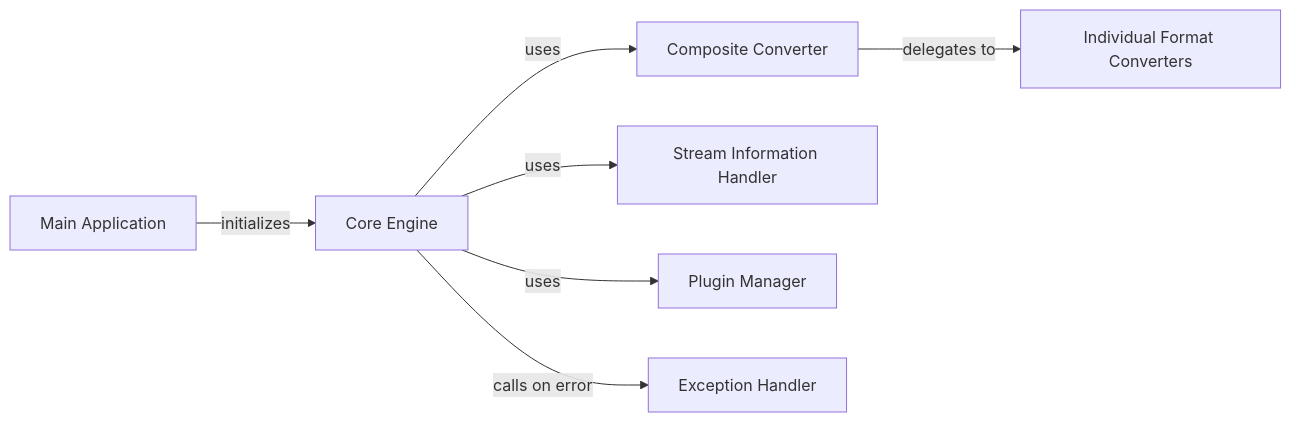
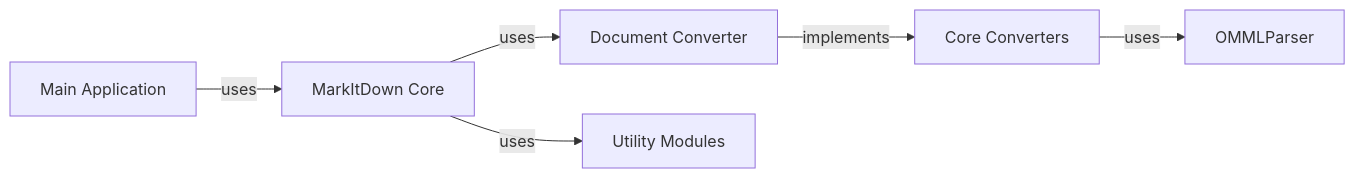
Before and after one commit to CodeBoarding/GeneratedOnBoardings: the diagram in markitdown/on_boarding.md, drawn with Mermaid. The commit also changed other lines of this file and 4 other files, not shown here.

````diff
--- a/markitdown/on_boarding.md
+++ b/markitdown/on_boarding.md
@@ -1,17 +1,16 @@
 ```mermaid
 graph LR
-    Core_Engine["Core Engine"]
-    Composite_Converter["Composite Converter"]
-    Individual_Format_Converters["Individual Format Converters"]
-    Stream_Information_Handler["Stream Information Handler"]
-    Plugin_Manager["Plugin Manager"]
-    Exception_Handler["Exception Handler"]
     Main_Application["Main Application"]
-    Main_Application -- "initializes" --> Core_Engine
-    Core_Engine -- "uses" --> Composite_Converter
-    Core_Engine -- "uses" --> Stream_Information_Handler
-    Core_Engine -- "uses" --> Plugin_Manager
-    Composite_Converter -- "delegates to" --> Individual_Format_Converters
-    Core_Engine -- "calls on error" --> Exception_Handler
-    click Core_Engine href "https://github.com/CodeBoarding/GeneratedOnBoardings/blob/main//markitdown/Core_Engine.md" "Details"
+    MarkItDown_Core["MarkItDown Core"]
+    Document_Converter["Document Converter"]
+    Core_Converters["Core Converters"]
+    Utility_Modules["Utility Modules"]
+    Main_Application -- "uses" --> MarkItDown_Core
+    MarkItDown_Core -- "uses" --> Document_Converter
+    Document_Converter -- "implements" --> Core_Converters
+    MarkItDown_Core -- "uses" --> Utility_Modules
+    Core_Converters -- "uses" --> OMMLParser
+    click Main_Application href "https://github.com/CodeBoarding/GeneratedOnBoardings/blob/main//markitdown/Main_Application.md" "Details"
+    click MarkItDown_Core href "https://github.com/CodeBoarding/GeneratedOnBoardings/blob/main//markitdown/MarkItDown_Core.md" "Details"
+    click Core_Converters href "https://github.com/CodeBoarding/GeneratedOnBoardings/blob/main//markitdown/Core_Converters.md" "Details"
 ```
````
